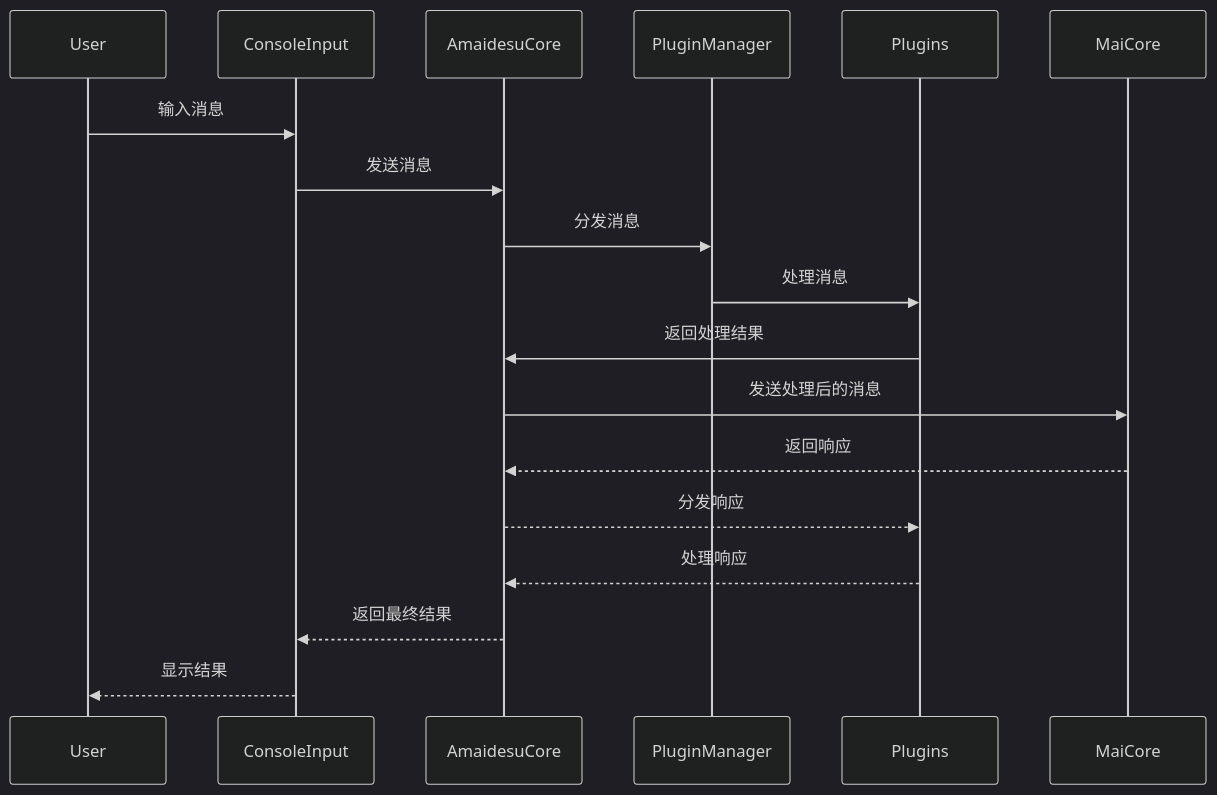
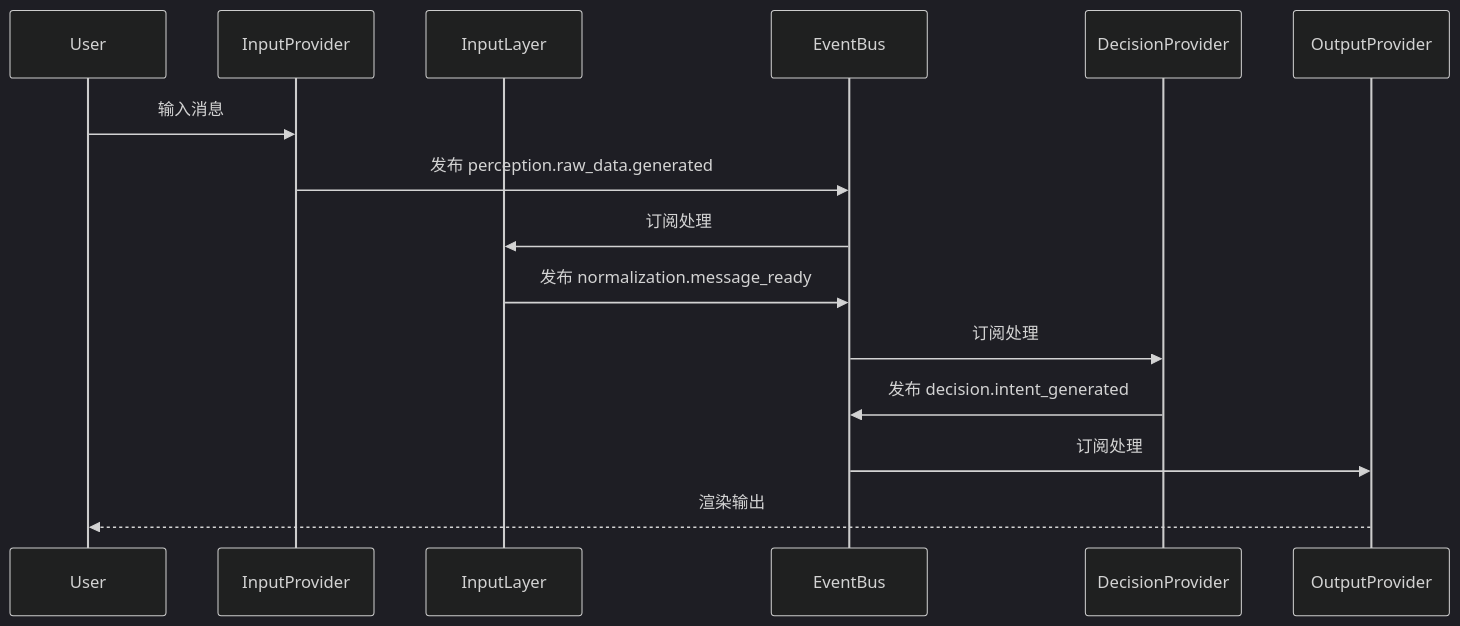
The first of 2 diagrams in README.md (Mai-with-u/Amaidesu), drawn with Mermaid (dark theme) before and after one commit. The commit also changed other lines of this file and 471 other files, not shown here.

````diff
--- a/README.md
+++ b/README.md
@@ -46,21 +107,18 @@
 ```mermaid
 sequenceDiagram
     participant User
-    participant ConsoleInput
-    participant AmaidesuCore
-    participant PluginManager
-    participant Plugins
-    participant MaiCore
+    participant InputProvider
+    participant InputLayer
+    participant EventBus
+    participant DecisionProvider
+    participant OutputProvider
 
-    User->>ConsoleInput: 输入消息
-    ConsoleInput->>AmaidesuCore: 发送消息
-    AmaidesuCore->>PluginManager: 分发消息
-    PluginManager->>Plugins: 处理消息
-    Plugins->>AmaidesuCore: 返回处理结果
-    AmaidesuCore->>MaiCore: 发送处理后的消息
-    MaiCore-->>AmaidesuCore: 返回响应
-    AmaidesuCore-->>Plugins: 分发响应
-    Plugins-->>AmaidesuCore: 处理响应
-    AmaidesuCore-->>ConsoleInput: 返回最终结果
-    ConsoleInput-->>User: 显示结果
+    User->>InputProvider: 输入消息
+    InputProvider->>EventBus: 发布 perception.raw_data.generated
+    EventBus->>InputLayer: 订阅处理
+    InputLayer->>EventBus: 发布 normalization.message_ready
+    EventBus->>DecisionProvider: 订阅处理
+    DecisionProvider->>EventBus: 发布 decision.intent_generated
+    EventBus->>OutputProvider: 订阅处理
+    OutputProvider-->>User: 渲染输出
 ```
````
